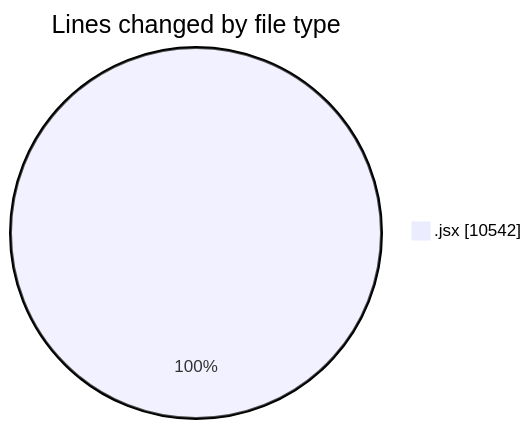
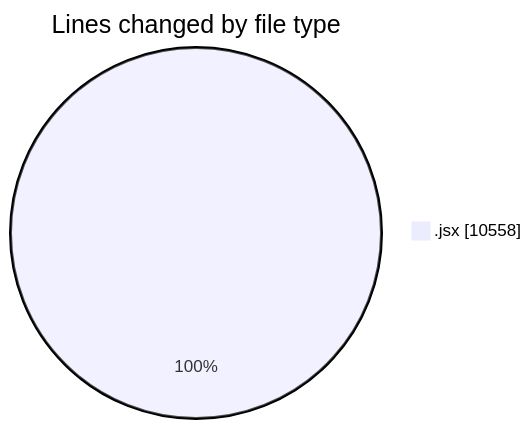
One commit to nxtqubesakshisongat/code-tracking changed the first of 2 diagrams in 2025-05-26/nxtqube_webapp/README.md. Above: the diagram before and after it, drawn with Mermaid. The commit also changed other lines of this file and 1 other file, not shown here.

````diff
--- a/2025-05-26/nxtqube_webapp/README.md
+++ b/2025-05-26/nxtqube_webapp/README.md
@@ -22,5 +22,5 @@
 ```mermaid
 pie showData
 title Lines changed by file type
-".jsx" : 10542
+".jsx" : 10558
 ```
````
